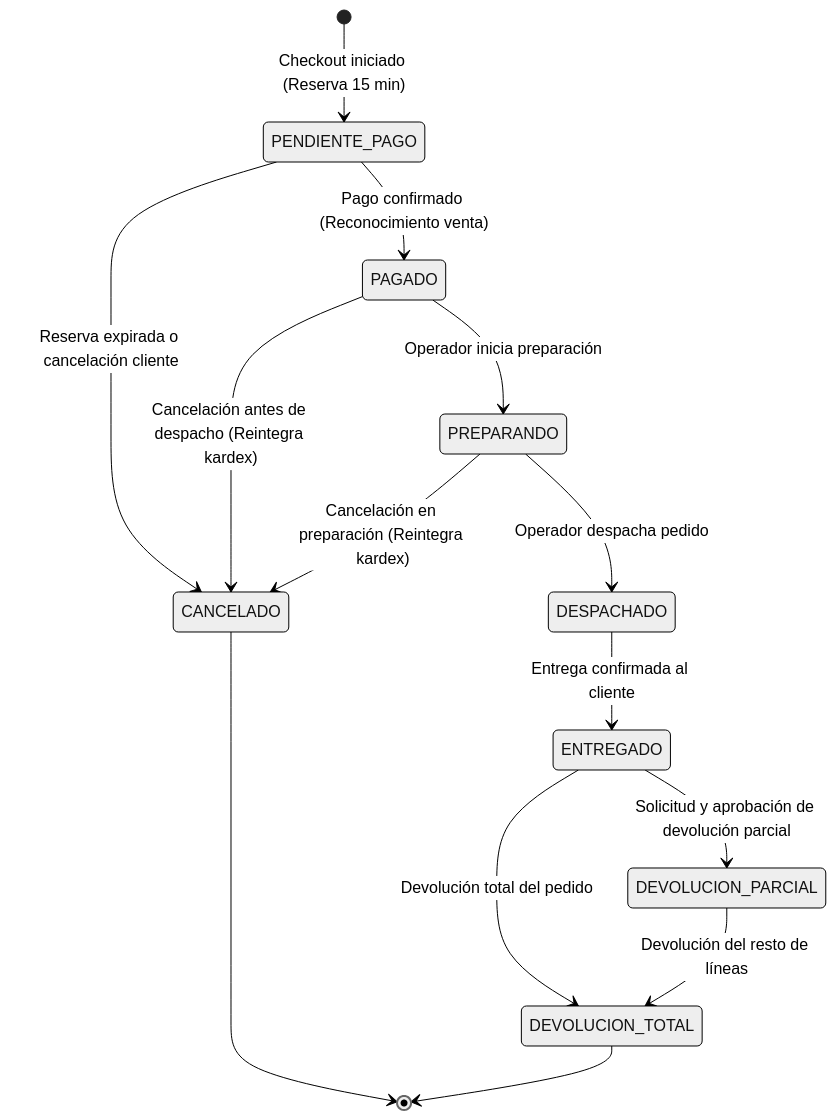
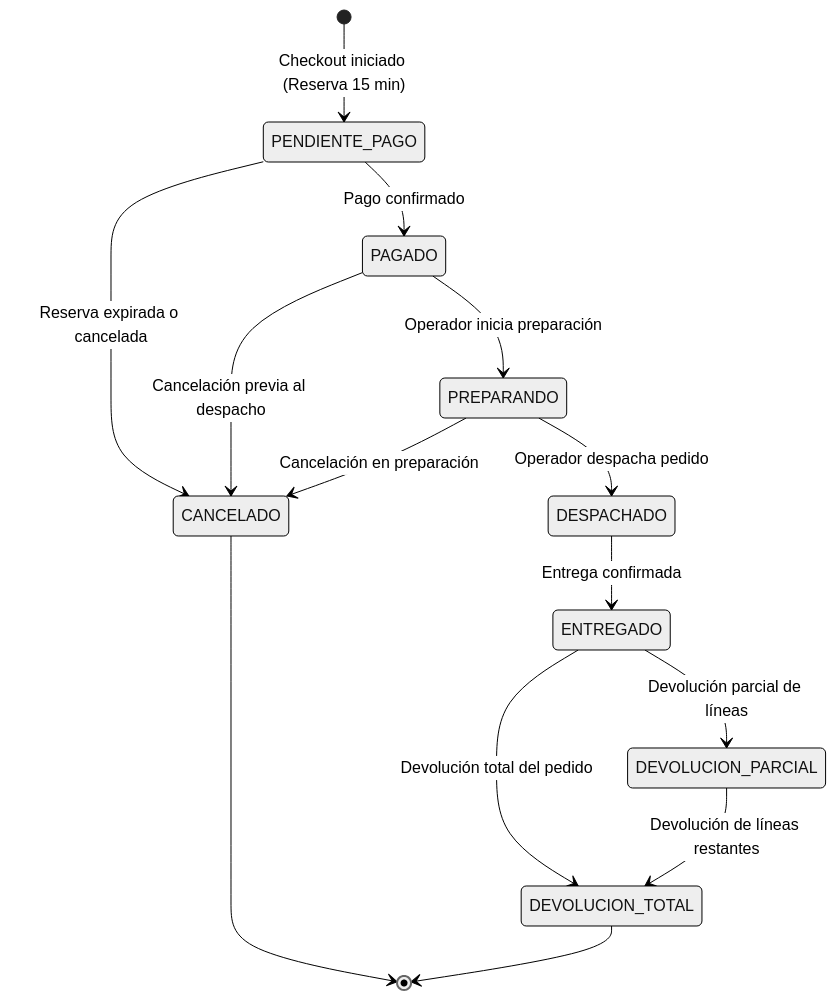
The first of 2 diagrams in README.md (GP-Alexander/CardShop), drawn with Mermaid (neutral theme) before and after one commit. The commit also changed other lines of this file, not shown here.

````diff
--- a/README.md
+++ b/README.md
@@ -192,23 +163,23 @@
 ```mermaid
 stateDiagram-v2
     [*] --> PENDIENTE_PAGO: Checkout iniciado (Reserva 15 min)
     
-    PENDIENTE_PAGO --> PAGADO: Pago confirmado (Reconocimiento venta)
-    PENDIENTE_PAGO --> CANCELADO: Reserva expirada o cancelación cliente
+    PENDIENTE_PAGO --> PAGADO: Pago confirmado
+    PENDIENTE_PAGO --> CANCELADO: Reserva expirada o cancelada
     
     PAGADO --> PREPARANDO: Operador inicia preparación
-    PAGADO --> CANCELADO: Cancelación antes de despacho (Reintegra kardex)
+    PAGADO --> CANCELADO: Cancelación previa al despacho
     
     PREPARANDO --> DESPACHADO: Operador despacha pedido
-    PREPARANDO --> CANCELADO: Cancelación en preparación (Reintegra kardex)
+    PREPARANDO --> CANCELADO: Cancelación en preparación
     
-    DESPACHADO --> ENTREGADO: Entrega confirmada al cliente
+    DESPACHADO --> ENTREGADO: Entrega confirmada
     
-    ENTREGADO --> DEVOLUCION_PARCIAL: Solicitud y aprobación de devolución parcial
+    ENTREGADO --> DEVOLUCION_PARCIAL: Devolución parcial de líneas
     ENTREGADO --> DEVOLUCION_TOTAL: Devolución total del pedido
     
-    DEVOLUCION_PARCIAL --> DEVOLUCION_TOTAL: Devolución del resto de líneas
+    DEVOLUCION_PARCIAL --> DEVOLUCION_TOTAL: Devolución de líneas restantes
     
     CANCELADO --> [*]
     DEVOLUCION_TOTAL --> [*]
 ```
````
